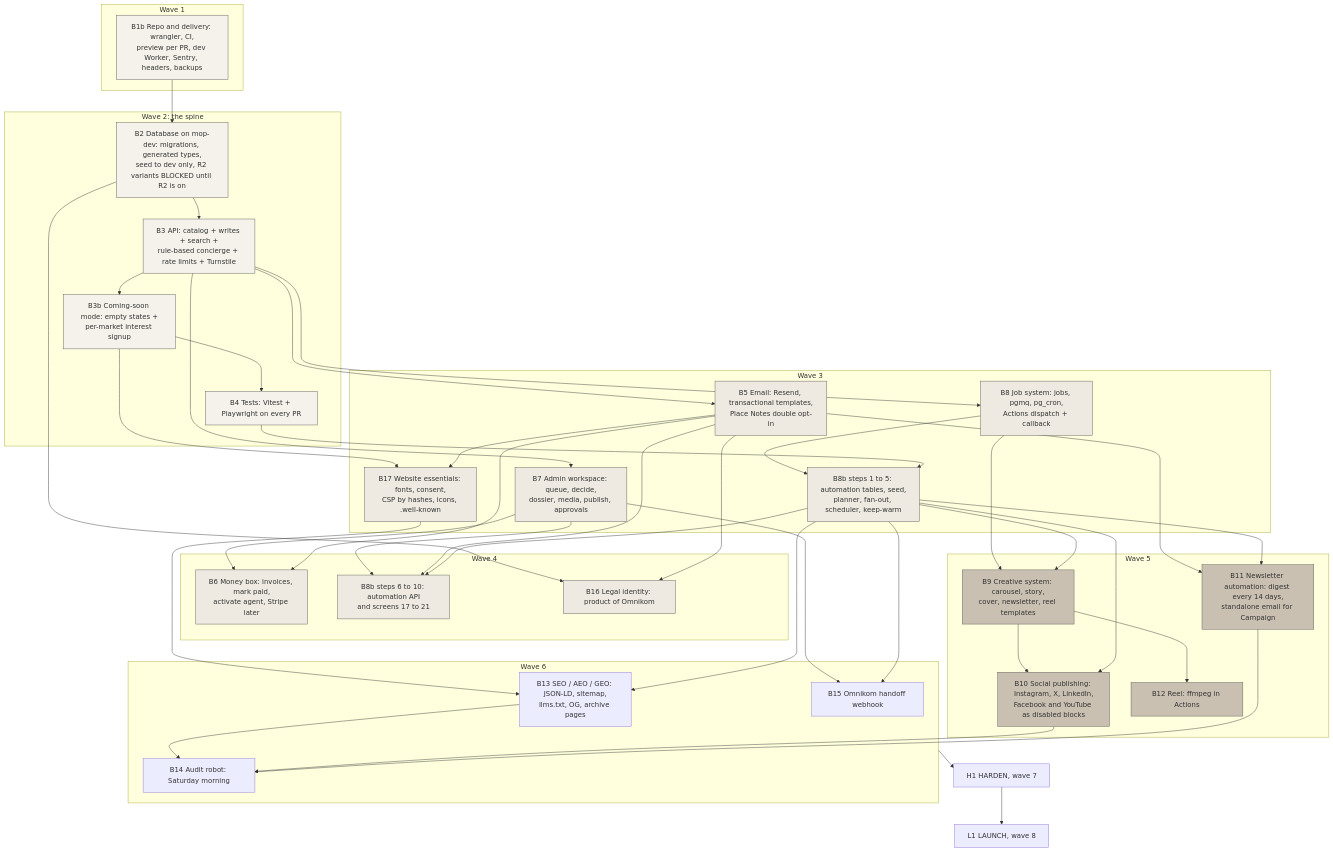
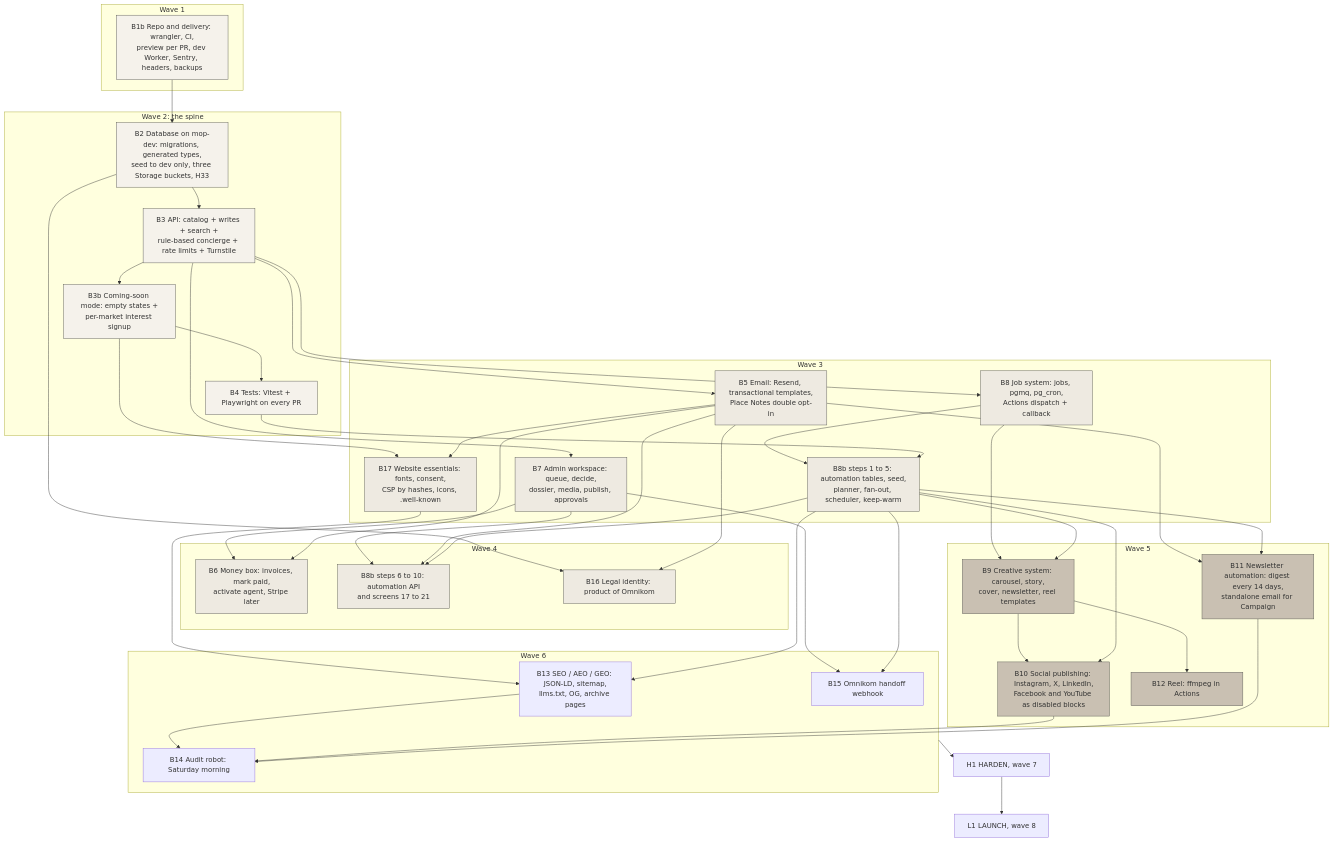
The second of 3 diagrams in workspace/03-diagrams/completion-map.md (AbdulrahmanAmer/matter-of-place), drawn with Mermaid before and after one commit. The commit also changed other lines of this file and 84 other files, not shown here.

First line of the commit message:
Plans rewritten for three operator decisions: no R2 (Supabase Storage, /media route), captions through the laptop runner, one database with a launch switch; rulings H33 to H37; own files in line

````diff
--- a/workspace/03-diagrams/completion-map.md
+++ b/workspace/03-diagrams/completion-map.md
@@ -26,74 +26,74 @@
 ```mermaid
 flowchart TB
   subgraph W1["Wave 1"]
     B1[B1b Repo and delivery: wrangler, CI,<br/>preview per PR, dev Worker, Sentry, headers, backups]
   end
   subgraph W2["Wave 2: the spine"]
-    B2[B2 Database on mop-dev: migrations, generated types,<br/>seed to dev only, R2 variants BLOCKED until R2 is on]
+    B2[B2 Database on mop-dev: migrations, generated types,<br/>seed to dev only, three Storage buckets, H33]
     B3[B3 API: catalog + writes + search +<br/>rule-based concierge + rate limits + Turnstile]
     B3b[B3b Coming-soon mode: empty states +<br/>per-market interest signup]
     B4[B4 Tests: Vitest + Playwright on every PR]
   end
   subgraph W3["Wave 3"]
     B8[B8 Job system: jobs, pgmq, pg_cron,<br/>Actions dispatch + callback]
     B8b1[B8b steps 1 to 5: automation tables, seed,<br/>planner, fan-out, scheduler, keep-warm]
     B5[B5 Email: Resend, transactional templates,<br/>Place Notes double opt-in]
     B7[B7 Admin workspace: queue, decide,<br/>dossier, media, publish, approvals]
     B17[B17 Website essentials: fonts, consent,<br/>CSP by hashes, icons, .well-known]
   end
   subgraph W4["Wave 4"]
     B6[B6 Money box: invoices, mark paid,<br/>activate agent, Stripe later]
     B8b2[B8b steps 6 to 10: automation API<br/>and screens 17 to 21]
     B16[B16 Legal identity: product of Omnikom]
   end
   subgraph W5["Wave 5"]
     B9[B9 Creative system: carousel, story,<br/>cover, newsletter, reel templates]
     B10[B10 Social publishing: Instagram, X, LinkedIn,<br/>Facebook and YouTube as disabled blocks]
     B11[B11 Newsletter automation: digest every 14 days,<br/>standalone email for Campaign]
     B12[B12 Reel: ffmpeg in Actions]
   end
   subgraph W6["Wave 6"]
     B13[B13 SEO / AEO / GEO: JSON-LD, sitemap,<br/>llms.txt, OG, archive pages]
     B14[B14 Audit robot: Saturday morning]
     B15[B15 Omnikom handoff webhook]
   end
   H1[H1 HARDEN, wave 7]
   L1[L1 LAUNCH, wave 8]
 
   B1 --> B2 --> B3 --> B3b --> B4
   B3 --> B8 --> B8b1
   B4 --> B8b1
   B3 --> B5
   B3 --> B7
   B3b --> B17
   B5 --> B17
   B2 --> B16
   B5 --> B16
   B7 --> B6
   B5 --> B6
   B7 --> B8b2
   B5 --> B8b2
   B8b1 --> B8b2
   B8 --> B9
   B8b1 --> B9
   B9 --> B10
   B8b1 --> B10
   B5 --> B11
   B8b1 --> B11
   B9 --> B12
   B17 --> B13
   B8b1 --> B13
   B13 --> B14
   B10 --> B14
   B11 --> B14
   B7 --> B15
   B8b1 --> B15
   W6 --> H1 --> L1
 
   classDef found fill:#F5F2EB,stroke:#575751;
   classDef ops fill:#EEEAE1,stroke:#575751;
   classDef content fill:#C9C0B2,stroke:#575751;
   class B1,B2,B3,B3b,B4 found;
   class B5,B6,B7,B8,B8b1,B8b2,B16,B17 ops;
   class B9,B10,B11,B12 content;
 ```
````
